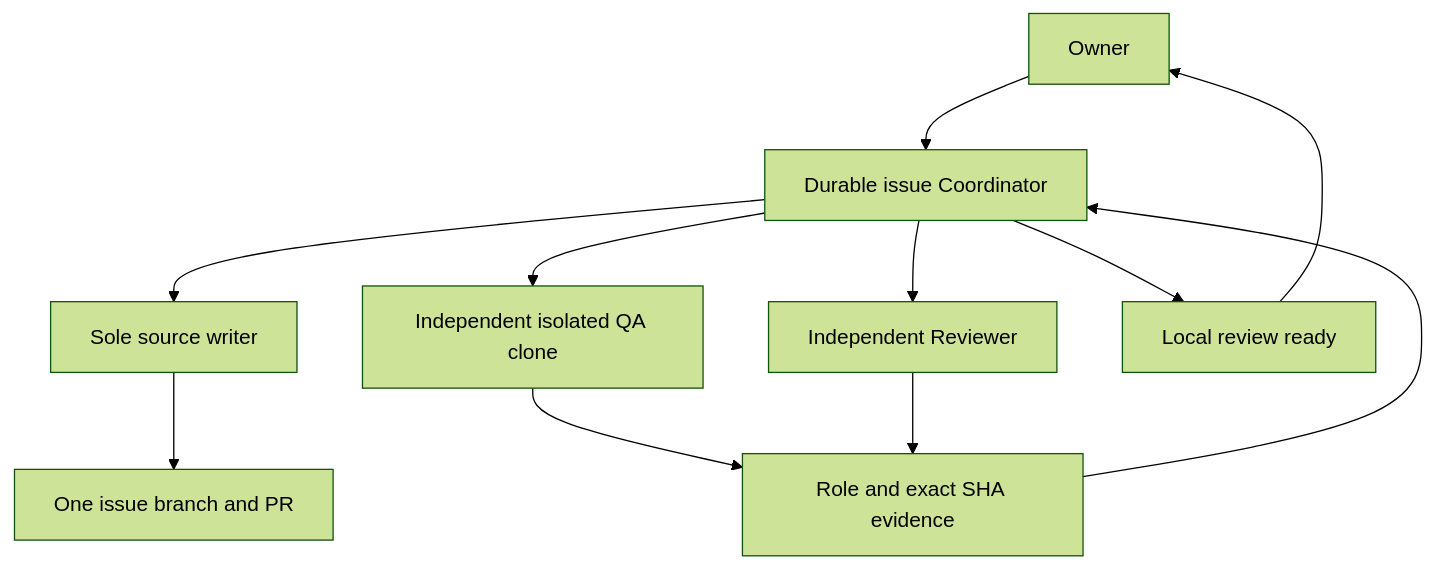
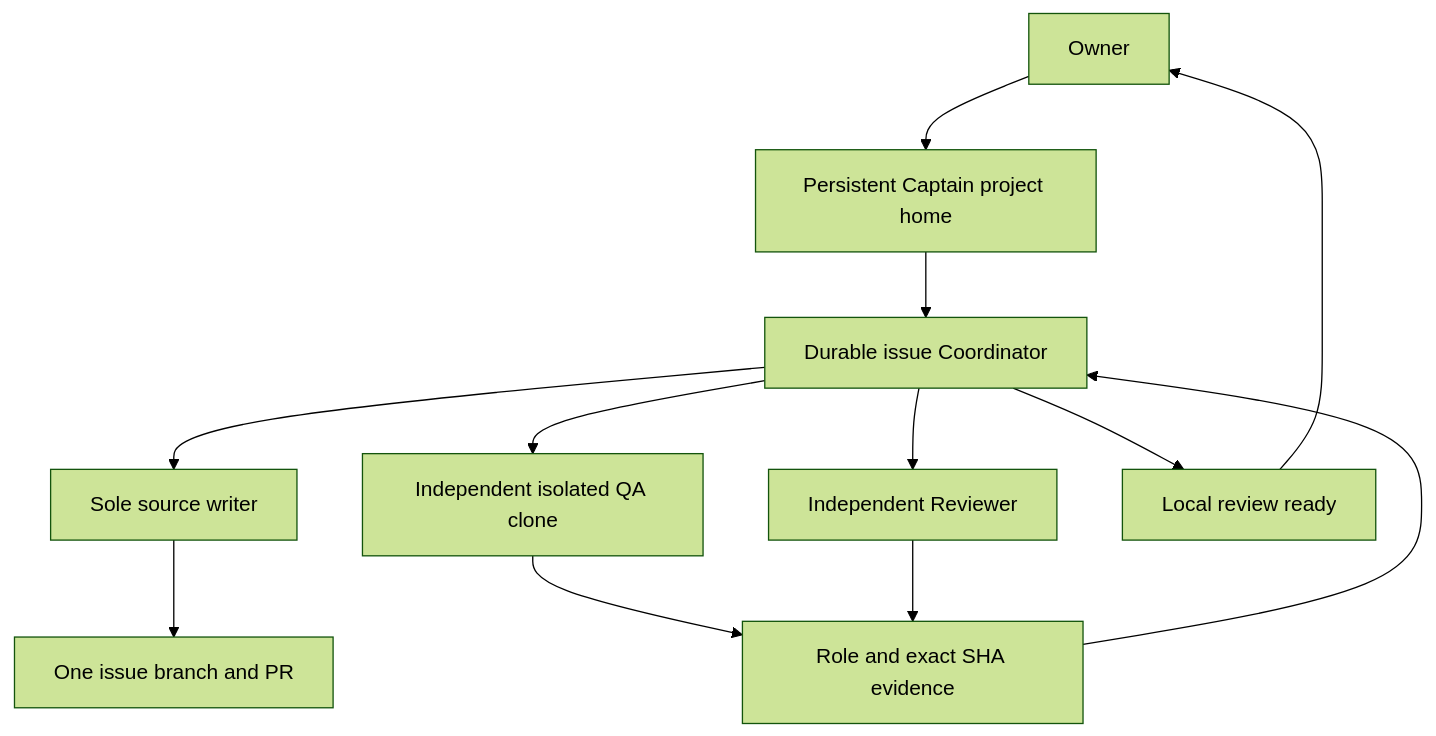
The first of 2 diagrams in skills/bootstrap-pleiad/assets/repository/docs/pleiad/coordination.md (barucoh/pleiad), drawn with Mermaid (forest theme) before and after one commit. The commit also changed other lines of this file and 40 other files, not shown here.

Commit message:
feat: supervise durable issue cells with Captain (#27)

````diff
--- a/skills/bootstrap-pleiad/assets/repository/docs/pleiad/coordination.md
+++ b/skills/bootstrap-pleiad/assets/repository/docs/pleiad/coordination.md
@@ -6,13 +6,14 @@
 ```mermaid
 flowchart TD
-    Owner --> CO[Durable issue Coordinator]
+    Owner --> CP[Persistent Captain project home]
+    CP --> CO[Durable issue Coordinator]
     CO --> IM[Sole source writer]
     CO --> QA[Independent isolated QA clone]
     CO --> RV[Independent Reviewer]
     IM --> PR[One issue branch and PR]
     QA --> Evidence[Role and exact SHA evidence]
     RV --> Evidence
     Evidence --> CO
     CO --> Local[Local review ready]
     Local --> Owner
 ```
````
